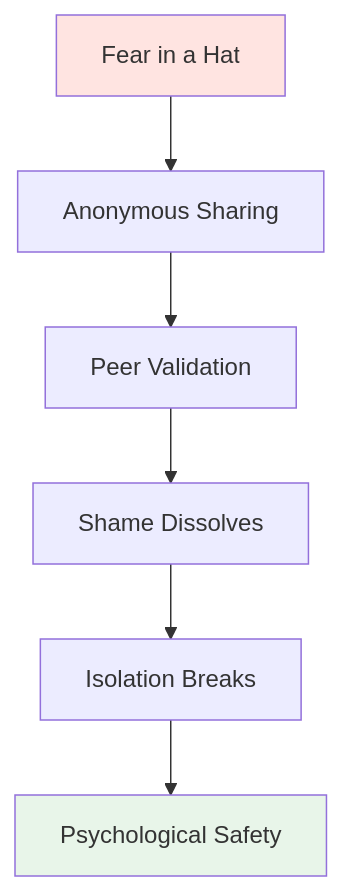
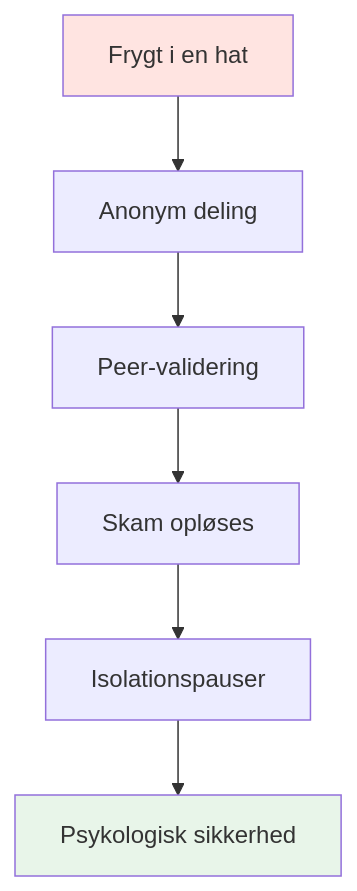
The fourth of 4 diagrams in docs/da/workshop.md (patwii/petanque-academy), drawn with Mermaid before and after one commit. The commit also changed other lines of this file and 532 other files, not shown here.

````diff
--- a/docs/da/workshop.md
+++ b/docs/da/workshop.md
@@ -271,11 +399,11 @@
 ```mermaid
 graph TD
-    A[Fear in a Hat] --> B[Anonymous Sharing]
-    B --> C[Peer Validation]
-    C --> D[Shame Dissolves]
-    D --> E[Isolation Breaks]
-    E --> F[Psychological Safety]
+    A[Frygt i en hat] --> B[Anonym deling]
+    B --> C[Peer-validering]
+    C --> D[Skam opløses]
+    D --> E[Isolationspauser]
+    E --> F[Psykologisk sikkerhed]
 
     style A fill:#ffe4e1
     style F fill:#e8f5e9
 ```
````
